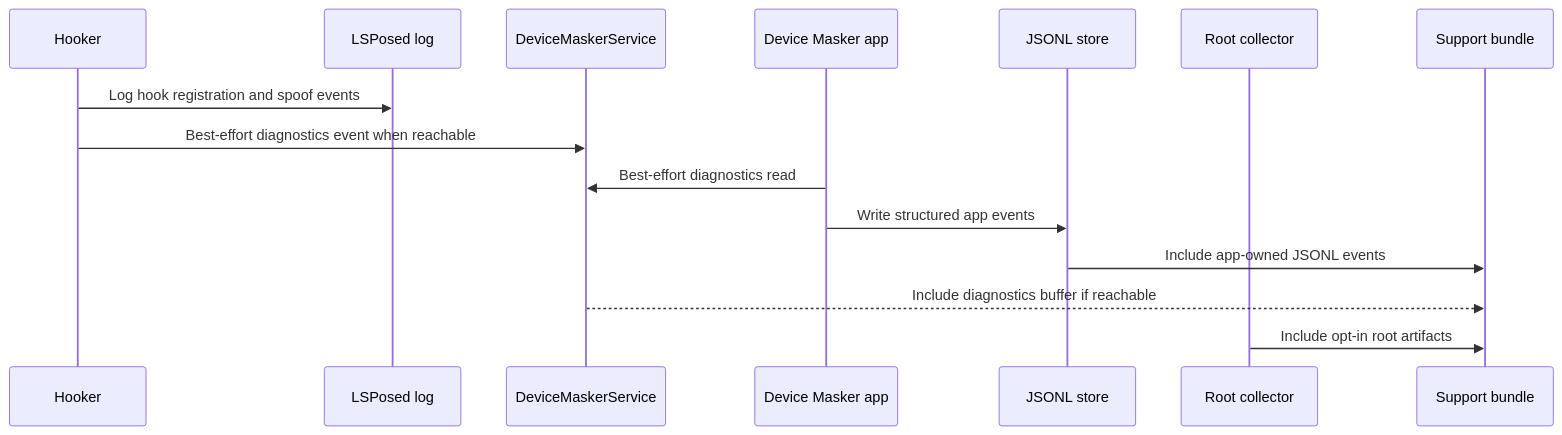
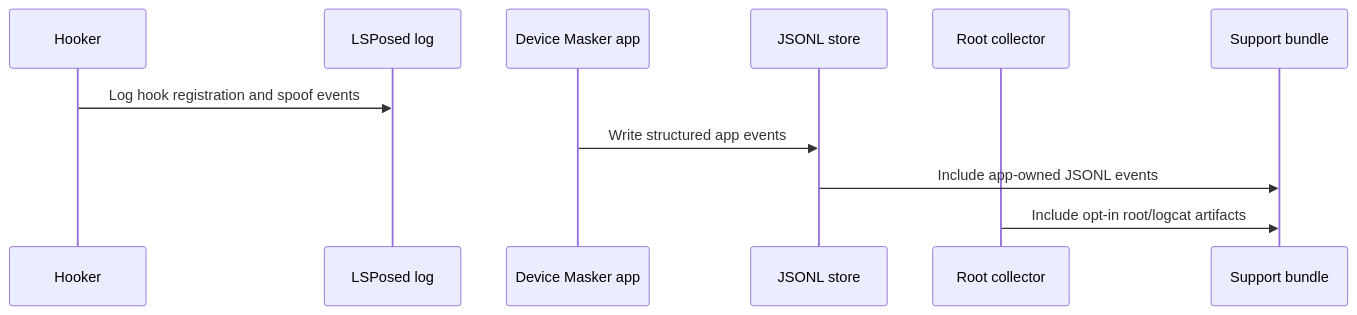
Before and after one commit to mohdakil2426/Device-Masker: the third of 3 diagrams in memory-bank/systemPatterns.md, drawn with Mermaid. The commit also changed other lines of this file and 52 other files, not shown here.

````diff
--- a/memory-bank/systemPatterns.md
+++ b/memory-bank/systemPatterns.md
@@ -151,18 +149,14 @@
 ```mermaid
 sequenceDiagram
     participant Hook as Hooker
     participant LS as LSPosed log
-    participant Svc as DeviceMaskerService
     participant App as Device Masker app
     participant Store as JSONL store
     participant Root as Root collector
     participant Export as Support bundle
 
     Hook->>LS: Log hook registration and spoof events
-    Hook->>Svc: Best-effort diagnostics event when reachable
-    App->>Svc: Best-effort diagnostics read
     App->>Store: Write structured app events
     Store->>Export: Include app-owned JSONL events
-    Svc-->>Export: Include diagnostics buffer if reachable
-    Root->>Export: Include opt-in root artifacts
+    Root->>Export: Include opt-in root/logcat artifacts
 ```
````
